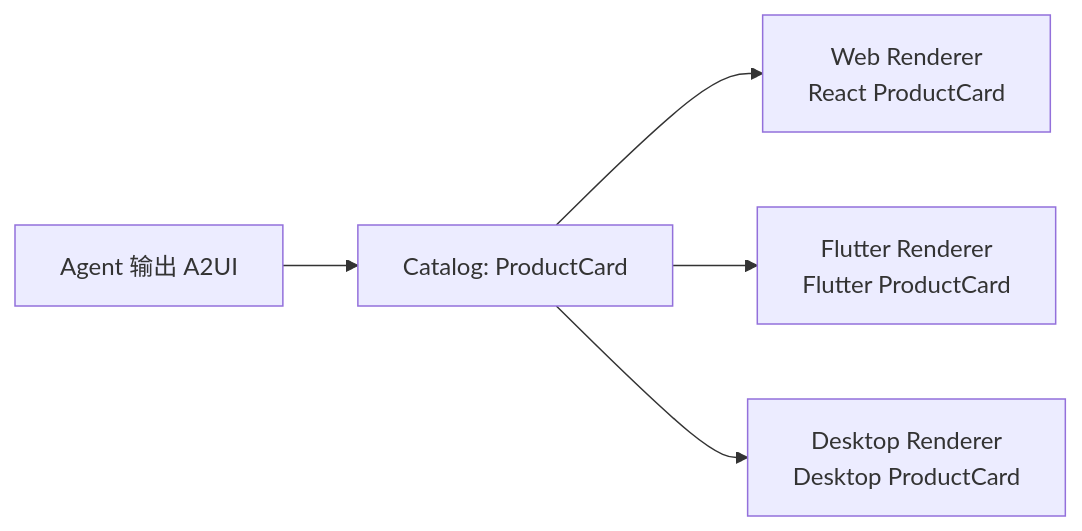
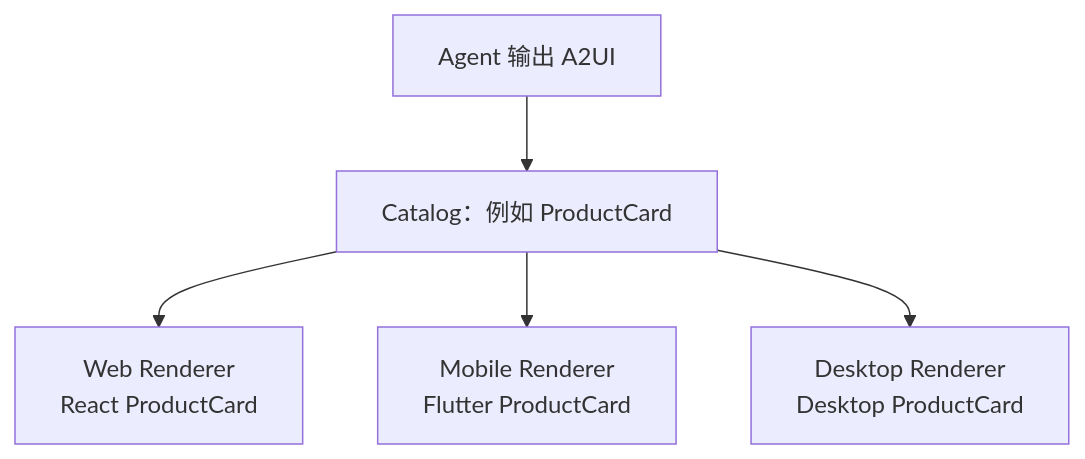
One commit to Nunchakus888/dossierkit changed the sixth of 12 diagrams in profiles/default/content/zh/notes/ag-ui-a2ui-agent-runtime-generative-ui-ai-native.mdx. Above: the diagram before and after it, drawn with Mermaid. The commit also changed other lines of this file, not shown here.

Commit message:
Update note: AG-UI 与 A2UI：构建跨 Agent、跨平台的交互架构

```diff
--- a/profiles/default/content/zh/notes/ag-ui-a2ui-agent-runtime-generative-ui-ai-native.mdx
+++ b/profiles/default/content/zh/notes/ag-ui-a2ui-agent-runtime-generative-ui-ai-native.mdx
@@ -378,7 +286,8 @@
 ~~~mermaid
-flowchart LR
-  A["Agent 输出 A2UI"] --> B["Catalog: ProductCard"]
-  B --> W["Web Renderer\nReact ProductCard"]
-  B --> M["Flutter Renderer\nFlutter ProductCard"]
-  B --> D["Desktop Renderer\nDesktop ProductCard"]
+flowchart TB
+  A["Agent 输出 A2UI"]
+  A --> C["Catalog：例如 ProductCard"]
+  C --> W["Web Renderer\nReact ProductCard"]
+  C --> M["Mobile Renderer\nFlutter ProductCard"]
+  C --> D["Desktop Renderer\nDesktop ProductCard"]
 ~~~
```
